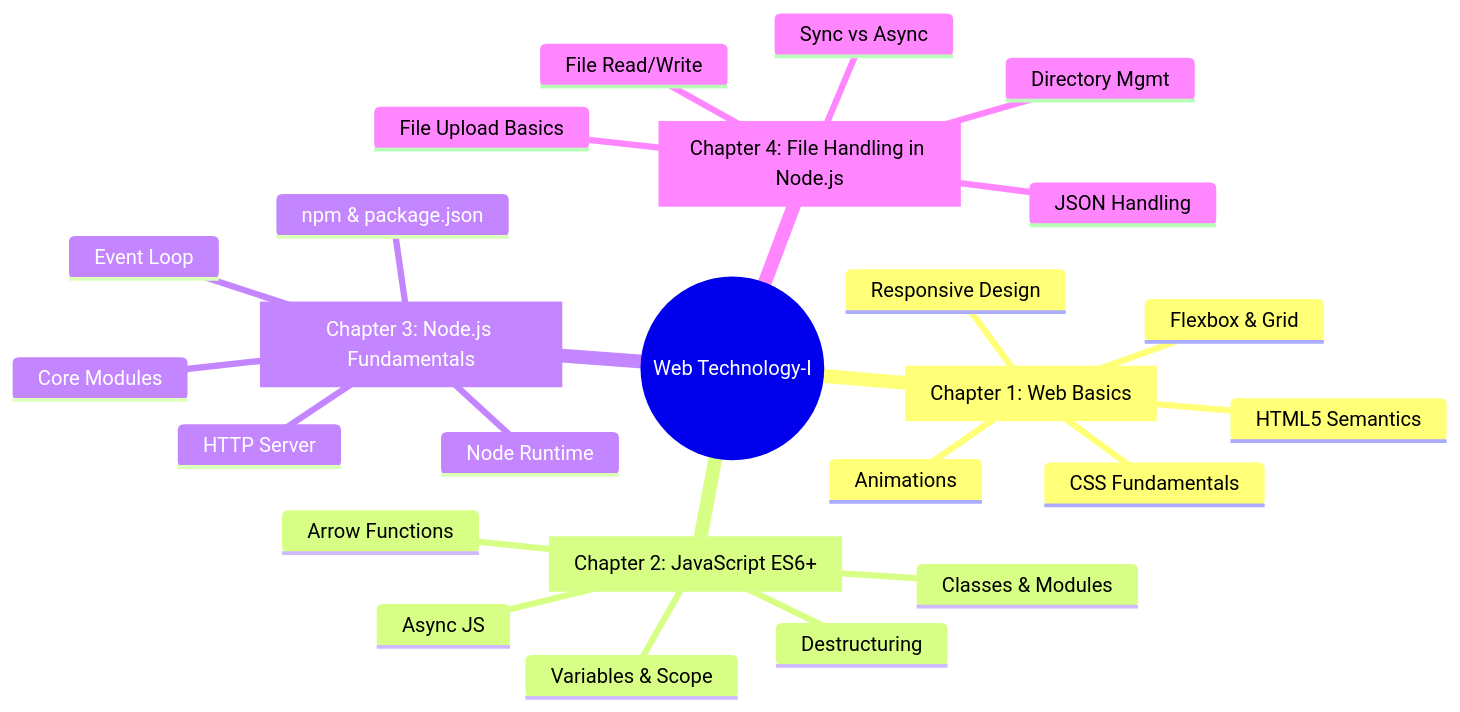
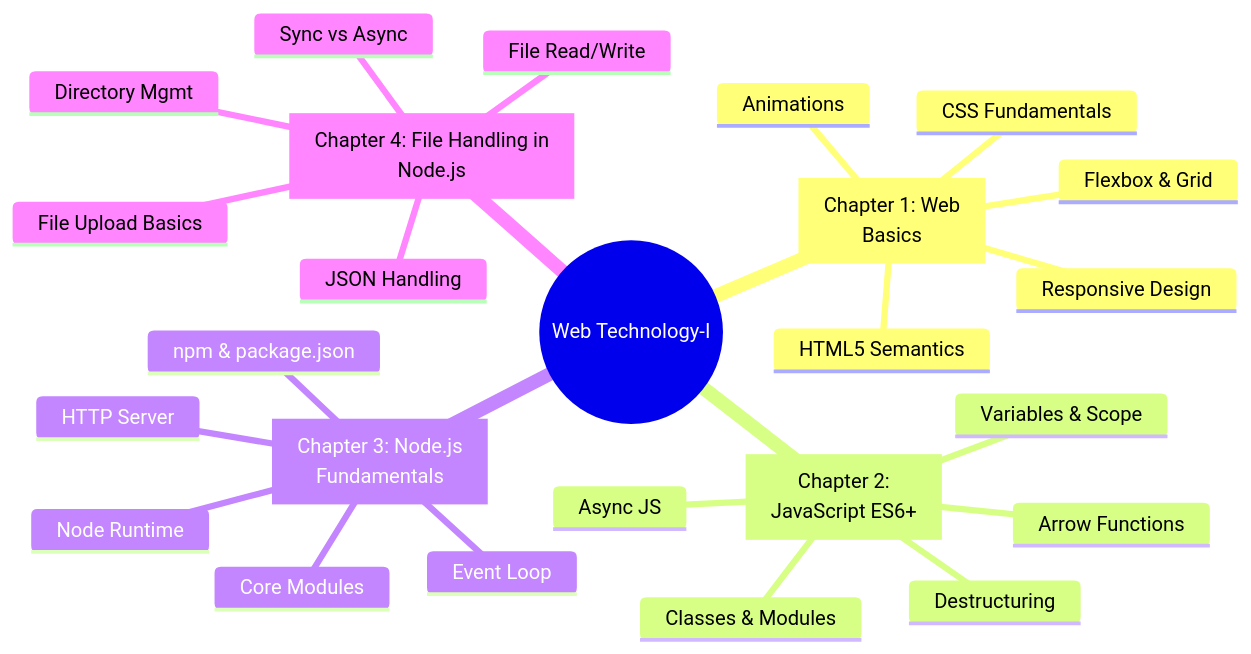
Before and after one commit to amitdevx/TY: the first of 2 diagrams in 01-Semester-V/CS-303-MJ-T-Web-Technology-I/Overview.md, drawn with Mermaid. The commit also changed 65 other files, not shown here.

Commit message:
fix:graph vertical

````diff
--- a/01-Semester-V/CS-303-MJ-T-Web-Technology-I/Overview.md
+++ b/01-Semester-V/CS-303-MJ-T-Web-Technology-I/Overview.md
@@ -43,28 +43,28 @@
 ```mermaid
 mindmap
   root((Web Technology-I))
-    Ch1[Chapter 1: Web Basics]
+    Ch1[Chapter 1: Web<br/>Basics]
       HTML5 Semantics
       CSS Fundamentals
       Flexbox & Grid
       Responsive Design
       Animations
-    Ch2[Chapter 2: JavaScript ES6+]
+    Ch2[Chapter 2:<br/>JavaScript ES6+]
       Variables & Scope
       Arrow Functions
       Destructuring
       Async JS
       Classes & Modules
-    Ch3[Chapter 3: Node.js Fundamentals]
+    Ch3[Chapter 3: Node.js<br/>Fundamentals]
       Node Runtime
       npm & package.json
       Event Loop
       Core Modules
       HTTP Server
-    Ch4[Chapter 4: File Handling in Node.js]
+    Ch4[Chapter 4: File Handling in<br/>Node.js]
       File Read/Write
       Sync vs Async
       JSON Handling
       Directory Mgmt
       File Upload Basics
 ```
````
